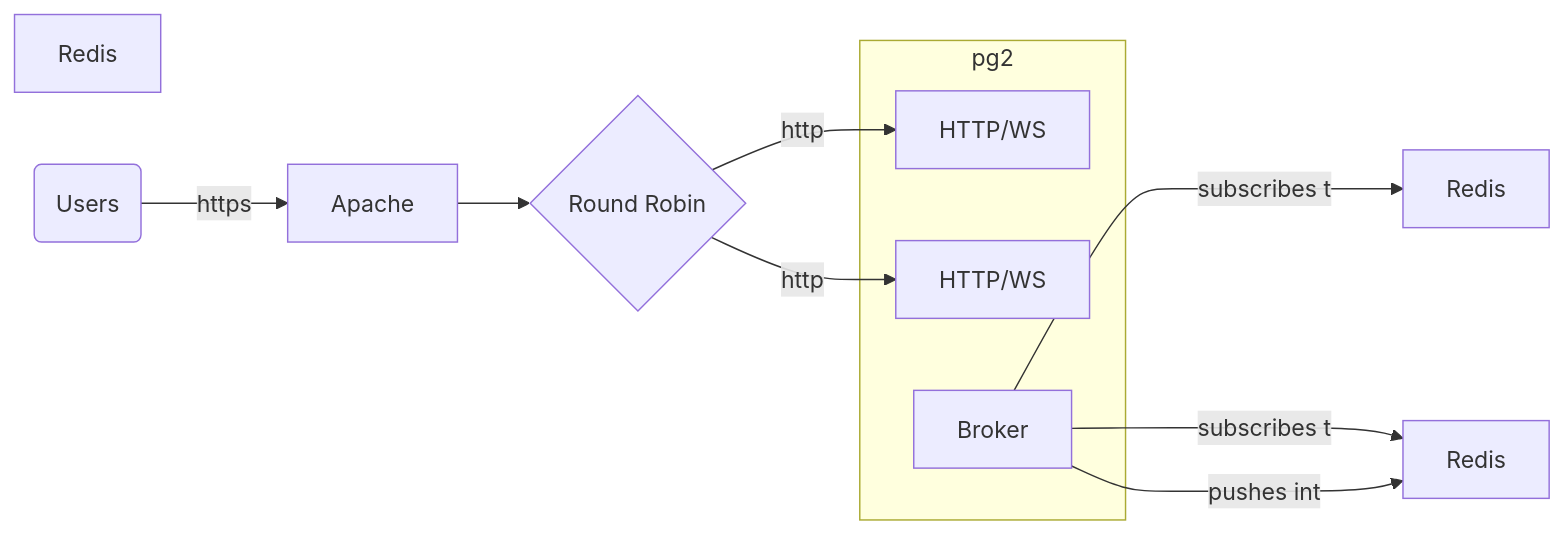
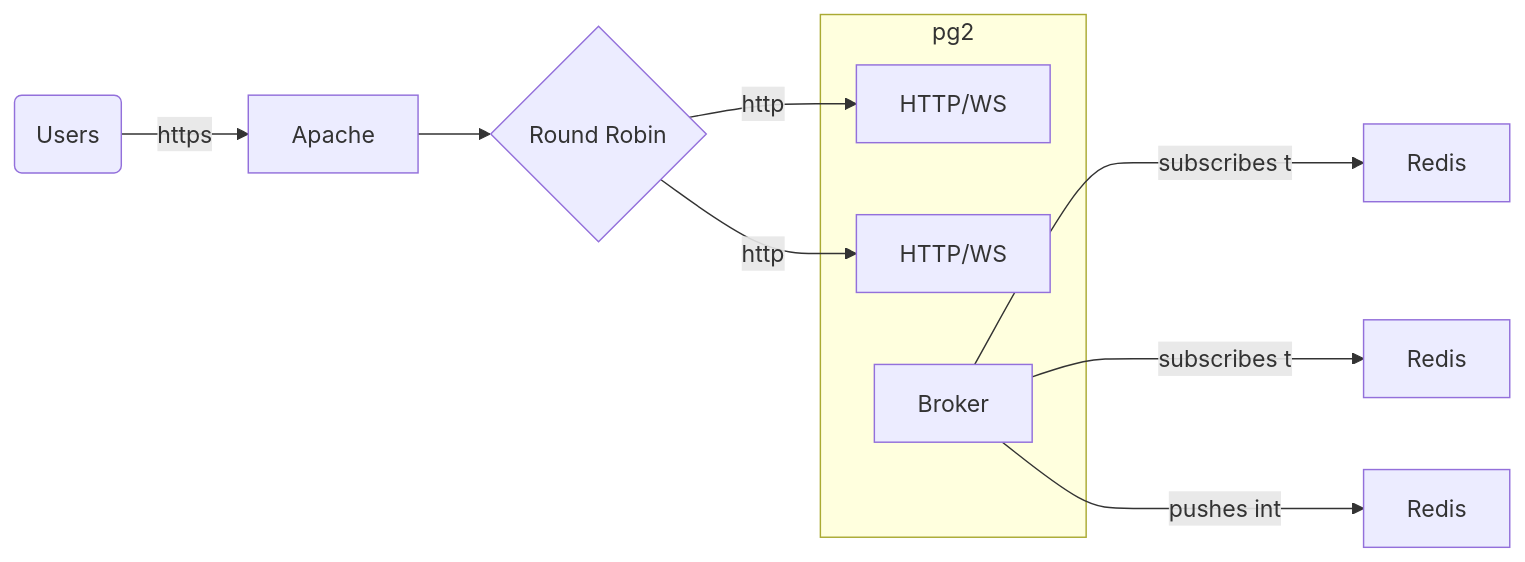
Before and after one commit to flowintel/cocktailparty: the diagram in README.md, drawn with Mermaid.

Commit message:
chg: [doc]

````diff
--- a/README.md
+++ b/README.md
@@ -68,25 +68,25 @@
 ```mermaid
 flowchart LR
     A[Apache]
     C{Round Robin}
     A --> C
-    R1[Redis]
-    R2[Redis]
-    R3[Redis]
+    R[Redis]
+    S[Redis]
+    T[Redis]
     
     U(Users)
     U--https-->A
     
     subgraph pg2
         E[HTTP/WS]
         F[HTTP/WS]
         B[Broker]
     end
     
-    B --subscribes to-->R1
-    B --subscribes to-->R2
-    B --pushes into-->R2
+    B --subscribes to-->R
+    B --subscribes to-->S
+    B --pushes into-->T
     
     C --http--> E
     C --http--> F
 ```
````
